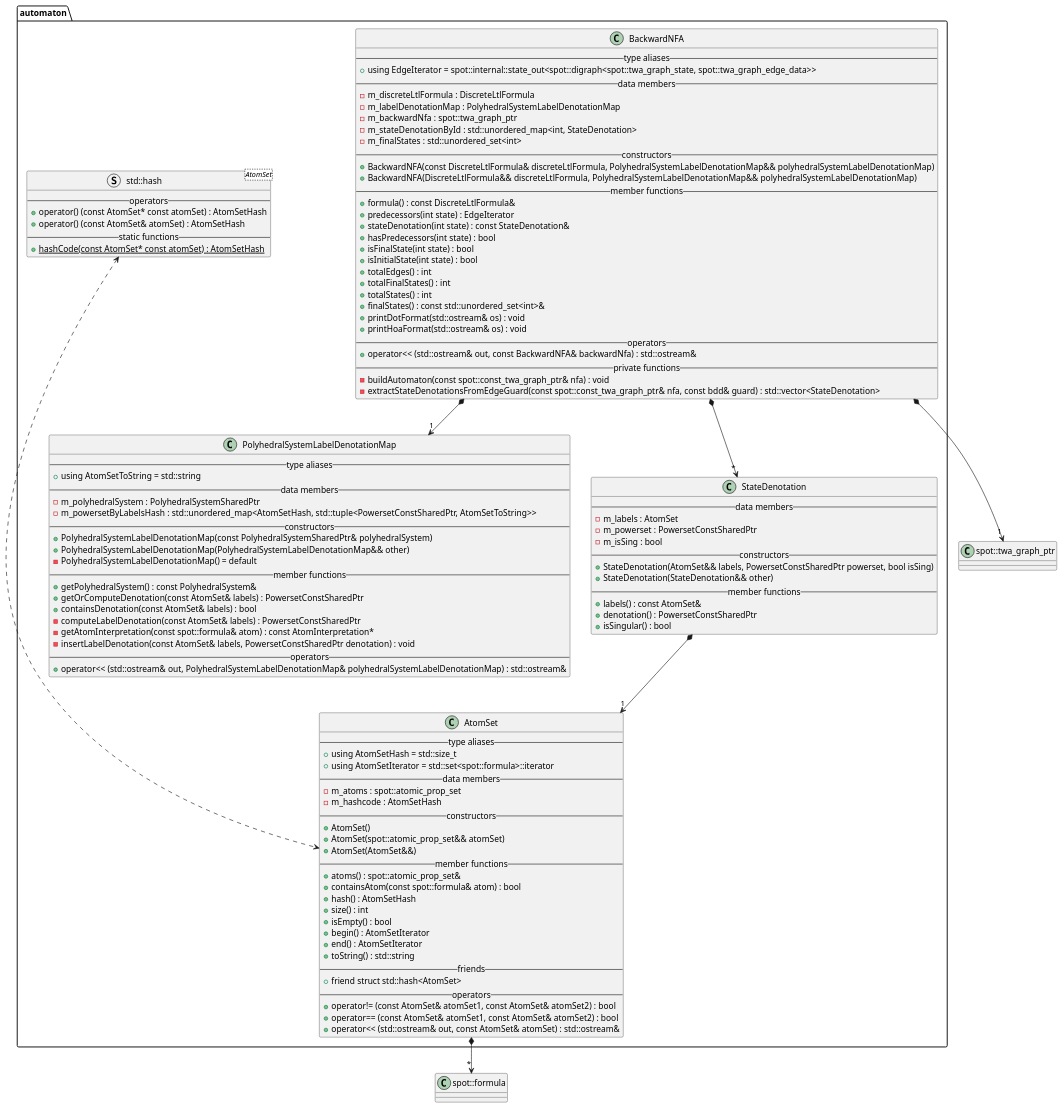
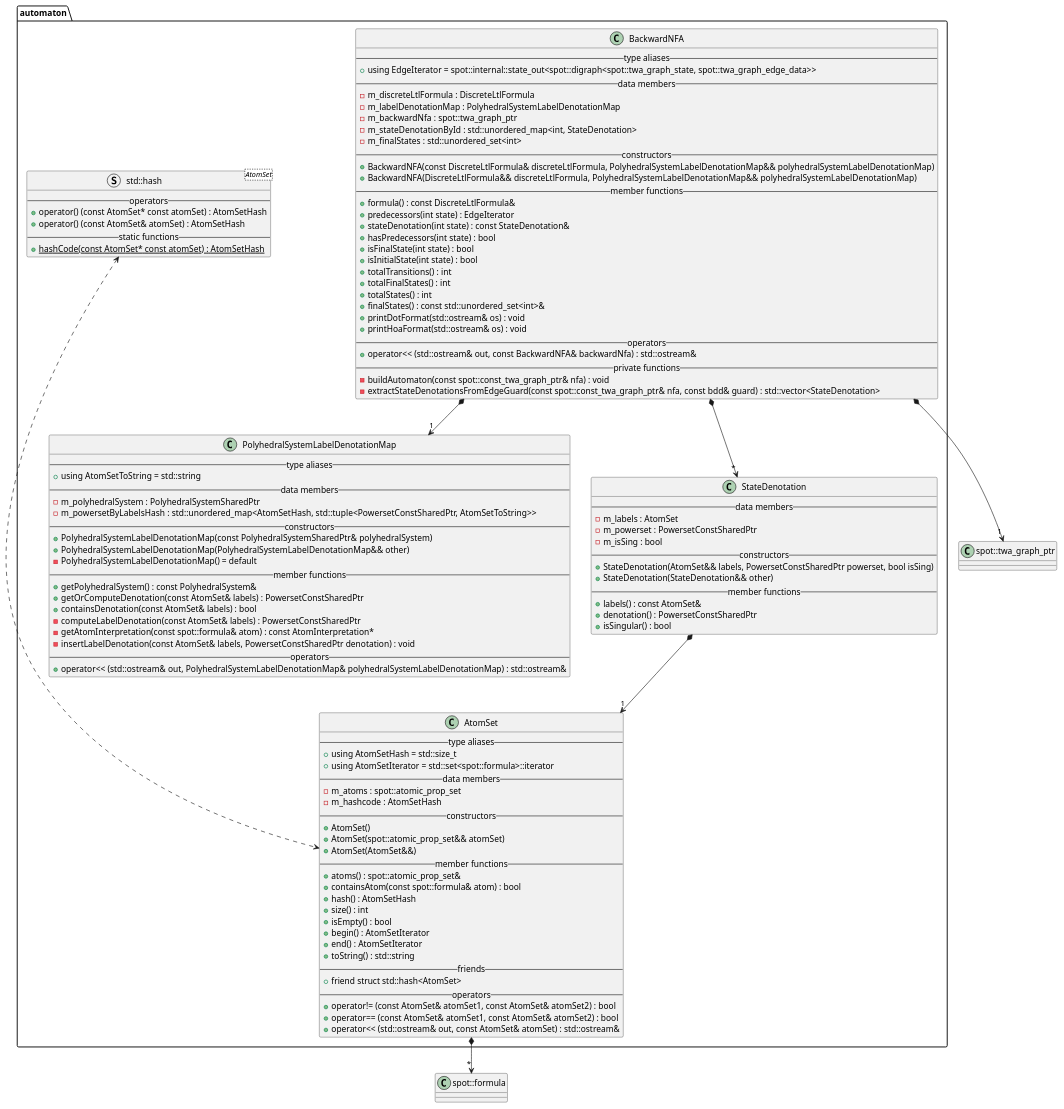
One commit to vtramo/rtl-mc changed the diagram in docs/plantuml/automaton.puml. Above: the diagram before and after it, drawn with PlantUML. The commit also changed 3 other files, not shown here.

```diff
--- a/docs/plantuml/automaton.puml
+++ b/docs/plantuml/automaton.puml
@@ -1,118 +1,118 @@
 @startuml
 
 /' Objects '/
 package automaton {
     class AtomSet {
         --type aliases--
         +using AtomSetHash = std::size_t
         +using AtomSetIterator = std::set<spot::formula>::iterator
         --data members--
         -m_atoms : spot::atomic_prop_set
         -m_hashcode : AtomSetHash
         --constructors--
         +AtomSet()
         +AtomSet(spot::atomic_prop_set&& atomSet)
         +AtomSet(AtomSet&&)
         --member functions--
         +atoms() : spot::atomic_prop_set&
         +containsAtom(const spot::formula& atom) : bool
         +hash() : AtomSetHash
         +size() : int
         +isEmpty() : bool
         +begin() : AtomSetIterator
         +end() : AtomSetIterator
         +toString() : std::string
         --friends--
         +friend struct std::hash<AtomSet>
         --operators--
         +operator!= (const AtomSet& atomSet1, const AtomSet& atomSet2) : bool
         +operator== (const AtomSet& atomSet1, const AtomSet& atomSet2) : bool
         +operator<< (std::ostream& out, const AtomSet& atomSet) : std::ostream&
     }
 
     class BackwardNFA {
         --type aliases--
         +using EdgeIterator = spot::internal::state_out<spot::digraph<spot::twa_graph_state, spot::twa_graph_edge_data>>
         --data members--
         -m_discreteLtlFormula : DiscreteLtlFormula
         -m_labelDenotationMap : PolyhedralSystemLabelDenotationMap
         -m_backwardNfa : spot::twa_graph_ptr
         -m_stateDenotationById : std::unordered_map<int, StateDenotation>
         -m_finalStates : std::unordered_set<int>
         --constructors--
         +BackwardNFA(const DiscreteLtlFormula& discreteLtlFormula, PolyhedralSystemLabelDenotationMap&& polyhedralSystemLabelDenotationMap)
         +BackwardNFA(DiscreteLtlFormula&& discreteLtlFormula, PolyhedralSystemLabelDenotationMap&& polyhedralSystemLabelDenotationMap)
         --member functions--
         +formula() : const DiscreteLtlFormula&
         +predecessors(int state) : EdgeIterator
         +stateDenotation(int state) : const StateDenotation&
         +hasPredecessors(int state) : bool
         +isFinalState(int state) : bool
         +isInitialState(int state) : bool
-        +totalEdges() : int
+        +totalTransitions() : int
         +totalFinalStates() : int
         +totalStates() : int
         +finalStates() : const std::unordered_set<int>&
         +printDotFormat(std::ostream& os) : void
         +printHoaFormat(std::ostream& os) : void
         --operators--
         +operator<< (std::ostream& out, const BackwardNFA& backwardNfa) : std::ostream&
         --private functions--
         -buildAutomaton(const spot::const_twa_graph_ptr& nfa) : void
         -extractStateDenotationsFromEdgeGuard(const spot::const_twa_graph_ptr& nfa, const bdd& guard) : std::vector<StateDenotation>
     }
 
     class PolyhedralSystemLabelDenotationMap {
         --type aliases--
         +using AtomSetToString = std::string
         --data members--
         -m_polyhedralSystem : PolyhedralSystemSharedPtr
         -m_powersetByLabelsHash : std::unordered_map<AtomSetHash, std::tuple<PowersetConstSharedPtr, AtomSetToString>>
         --constructors--
         +PolyhedralSystemLabelDenotationMap(const PolyhedralSystemSharedPtr& polyhedralSystem)
         +PolyhedralSystemLabelDenotationMap(PolyhedralSystemLabelDenotationMap&& other)
         -PolyhedralSystemLabelDenotationMap() = default
         --member functions--
         +getPolyhedralSystem() : const PolyhedralSystem&
         +getOrComputeDenotation(const AtomSet& labels) : PowersetConstSharedPtr
         +containsDenotation(const AtomSet& labels) : bool
         -computeLabelDenotation(const AtomSet& labels) : PowersetConstSharedPtr
         -getAtomInterpretation(const spot::formula& atom) : const AtomInterpretation*
         -insertLabelDenotation(const AtomSet& labels, PowersetConstSharedPtr denotation) : void
         --operators--
         +operator<< (std::ostream& out, PolyhedralSystemLabelDenotationMap& polyhedralSystemLabelDenotationMap) : std::ostream&
     }
 
     class StateDenotation {
         --data members--
         -m_labels : AtomSet
         -m_powerset : PowersetConstSharedPtr
         -m_isSing : bool
         --constructors--
         +StateDenotation(AtomSet&& labels, PowersetConstSharedPtr powerset, bool isSing)
         +StateDenotation(StateDenotation&& other)
         --member functions--
         +labels() : const AtomSet&
         +denotation() : PowersetConstSharedPtr
         +isSingular() : bool
     }
 
     struct std::hash<AtomSet> {
         --operators--
         +operator() (const AtomSet* const atomSet) : AtomSetHash
         +operator() (const AtomSet& atomSet) : AtomSetHash
         --static functions--
         +{static} hashCode(const AtomSet* const atomSet) : AtomSetHash
     }
 }
 
 class spot::twa_graph_ptr {}
 class spot::formula {}
 
 BackwardNFA *--> "1" spot::twa_graph_ptr
 BackwardNFA *--> "1" PolyhedralSystemLabelDenotationMap
 BackwardNFA *--> "*" StateDenotation
 StateDenotation *--> "1" AtomSet
 AtomSet *--> "*" spot::formula
 std::hash <...> AtomSet
 @enduml
```
